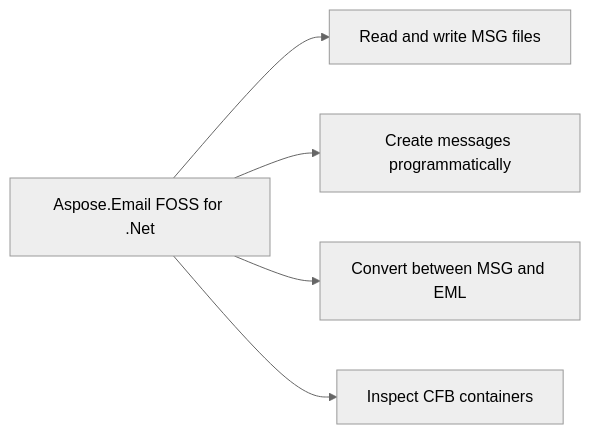
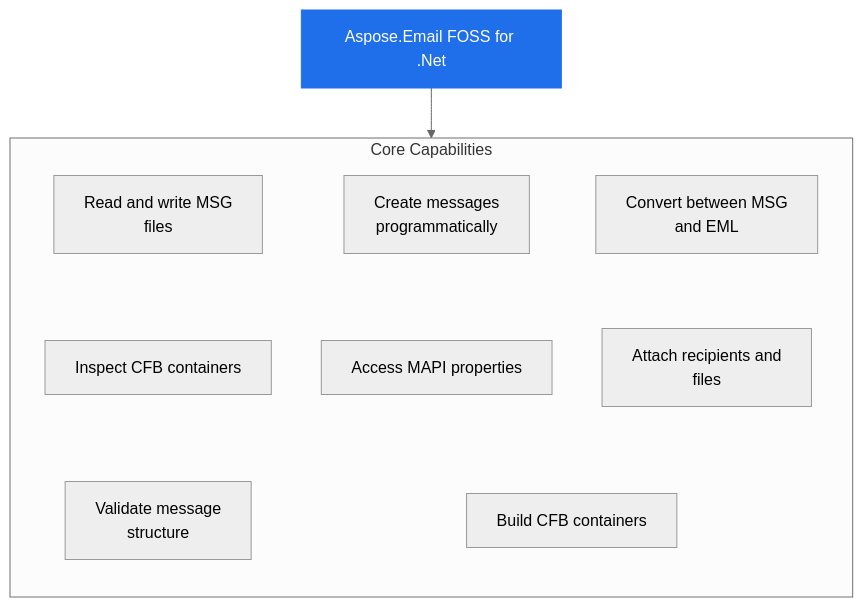
One commit to babar-raza/repo-presenter changed the diagram in 59125b4732df0eedbc4d4c2ab978698ed4348eb7/README.md. Above: the diagram before and after it, drawn with Mermaid (neutral theme). The commit also changed other lines of this file and 10 other files, not shown here.

Commit message:
bundle: aspose-email-foss/Aspose.Email-FOSS-for-.Net lane R 59125b4732df0eedbc4d4c2ab978698ed4348eb7

````diff
--- a/59125b4732df0eedbc4d4c2ab978698ed4348eb7/README.md
+++ b/59125b4732df0eedbc4d4c2ab978698ed4348eb7/README.md
@@ -32,11 +32,24 @@
 ```mermaid
-flowchart LR
-Product["Aspose.Email FOSS for .Net"]
-Product["Aspose.Email FOSS for .Net"] --> Cap1["Read and write MSG files"]
-Cap2["Create messages programmatically"]
-Cap3["Convert between MSG and EML"]
-Cap4["Inspect CFB containers"]
-Product["Aspose.Email FOSS for .Net"] --> Cap2["Create messages programmatically"]
-Product["Aspose.Email FOSS for .Net"] --> Cap3["Convert between MSG and EML"]
-Product["Aspose.Email FOSS for .Net"] --> Cap4["Inspect CFB containers"]
+flowchart TB
+  PRODUCT["Aspose.Email FOSS for .Net"]
+  subgraph Capabilities["Core Capabilities"]
+    direction TB
+    c1["Read and write MSG<br/>files"]
+    c2["Create messages<br/>programmatically"]
+    c3["Convert between MSG<br/>and EML"]
+    c4["Inspect CFB containers"]
+    c5["Access MAPI properties"]
+    c6["Attach recipients and<br/>files"]
+    c7["Validate message<br/>structure"]
+    c8["Build CFB containers"]
+    c1 ~~~ c4
+    c2 ~~~ c5
+    c3 ~~~ c6
+    c4 ~~~ c7
+    c5 ~~~ c8
+    c6 ~~~ c8
+  end
+  PRODUCT --> Capabilities
+  classDef product fill:#1f6feb,stroke:#1f6feb,color:#ffffff
+  class PRODUCT product
 ```
````
